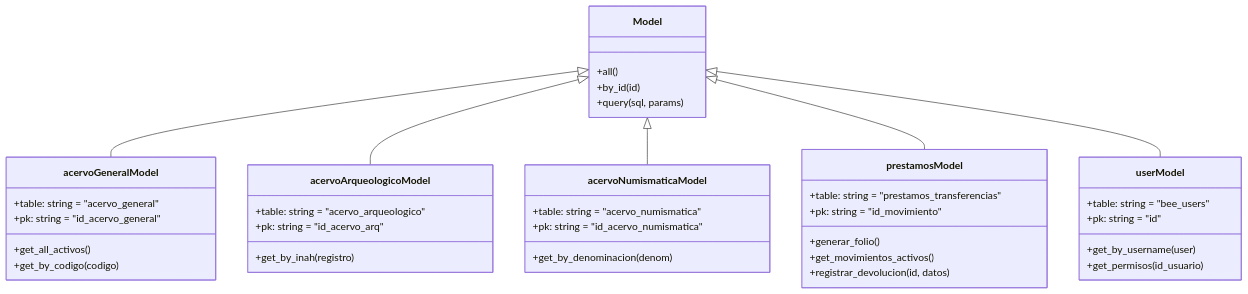
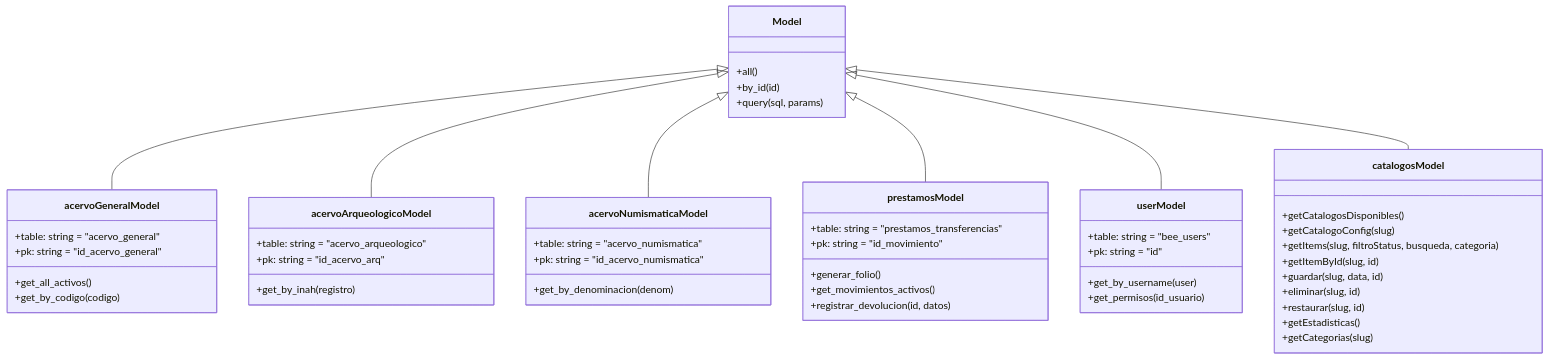
One commit to Ladri2cop/acervo_cultural_server changed the diagram in boveda/documentacion/03 - Manual Técnico de Desarrollo/02 - Modelos y Capa de Persistencia PDO.md. Above: the diagram before and after it, drawn with Mermaid. The commit also changed other lines of this file and 33 other files, not shown here.

````diff
--- a/boveda/documentacion/03 - Manual Técnico de Desarrollo/02 - Modelos y Capa de Persistencia PDO.md
+++ b/boveda/documentacion/03 - Manual Técnico de Desarrollo/02 - Modelos y Capa de Persistencia PDO.md
@@ -56,48 +56,61 @@
 ```mermaid
 classDiagram
     class Model {
         +all()
         +by_id(id)
         +query(sql, params)
     }
 
     class acervoGeneralModel {
         +table: string = "acervo_general"
         +pk: string = "id_acervo_general"
         +get_all_activos()
         +get_by_codigo(codigo)
     }
 
     class acervoArqueologicoModel {
         +table: string = "acervo_arqueologico"
         +pk: string = "id_acervo_arq"
         +get_by_inah(registro)
     }
 
     class acervoNumismaticaModel {
         +table: string = "acervo_numismatica"
         +pk: string = "id_acervo_numismatica"
         +get_by_denominacion(denom)
     }
 
     class prestamosModel {
         +table: string = "prestamos_transferencias"
         +pk: string = "id_movimiento"
         +generar_folio()
         +get_movimientos_activos()
         +registrar_devolucion(id, datos)
     }
 
     class userModel {
         +table: string = "bee_users"
         +pk: string = "id"
         +get_by_username(user)
         +get_permisos(id_usuario)
     }
 
+    class catalogosModel {
+        +getCatalogosDisponibles()
+        +getCatalogoConfig(slug)
+        +getItems(slug, filtroStatus, busqueda, categoria)
+        +getItemById(slug, id)
+        +guardar(slug, data, id)
+        +eliminar(slug, id)
+        +restaurar(slug, id)
+        +getEstadisticas()
+        +getCategorias(slug)
+    }
+
     Model <|-- acervoGeneralModel
     Model <|-- acervoArqueologicoModel
     Model <|-- acervoNumismaticaModel
     Model <|-- prestamosModel
     Model <|-- userModel
+    Model <|-- catalogosModel
 ```
````
